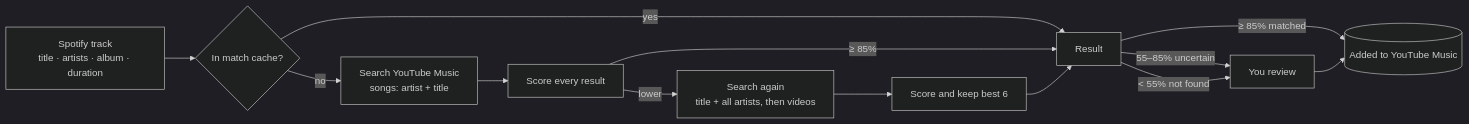
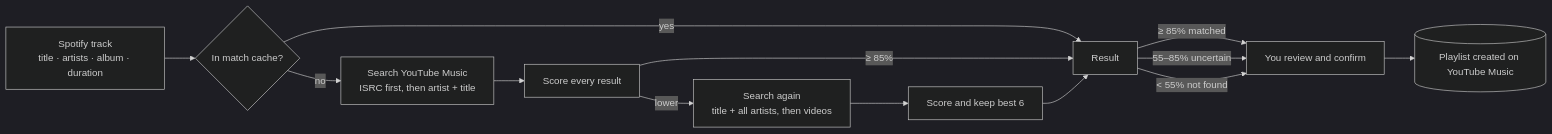
Before and after one commit to dgolveira/spot2ytm: the diagram in README.md, drawn with Mermaid (dark theme). The commit also changed other lines of this file and 17 other files, not shown here.

````diff
--- a/README.md
+++ b/README.md
@@ -180,15 +192,15 @@
 ```mermaid
 flowchart LR
     A[Spotify track<br/>title · artists · album · duration] --> B{In match cache?}
     B -- yes --> R
-    B -- no --> C[Search YouTube Music<br/>songs: artist + title]
+    B -- no --> C[Search YouTube Music<br/>ISRC first, then artist + title]
     C --> D[Score every result]
     D -- "≥ 85%" --> R[Result]
     D -- "lower" --> E[Search again<br/>title + all artists, then videos]
     E --> D2[Score and keep best 6]
     D2 --> R
-    R -- "≥ 85% matched" --> Y[(Added to YouTube Music)]
-    R -- "55–85% uncertain" --> V[You review]
+    R -- "≥ 85% matched" --> V[You review and confirm]
+    R -- "55–85% uncertain" --> V
     R -- "< 55% not found" --> V
-    V --> Y
+    V --> Y[(Playlist created on YouTube Music)]
 ```
````
